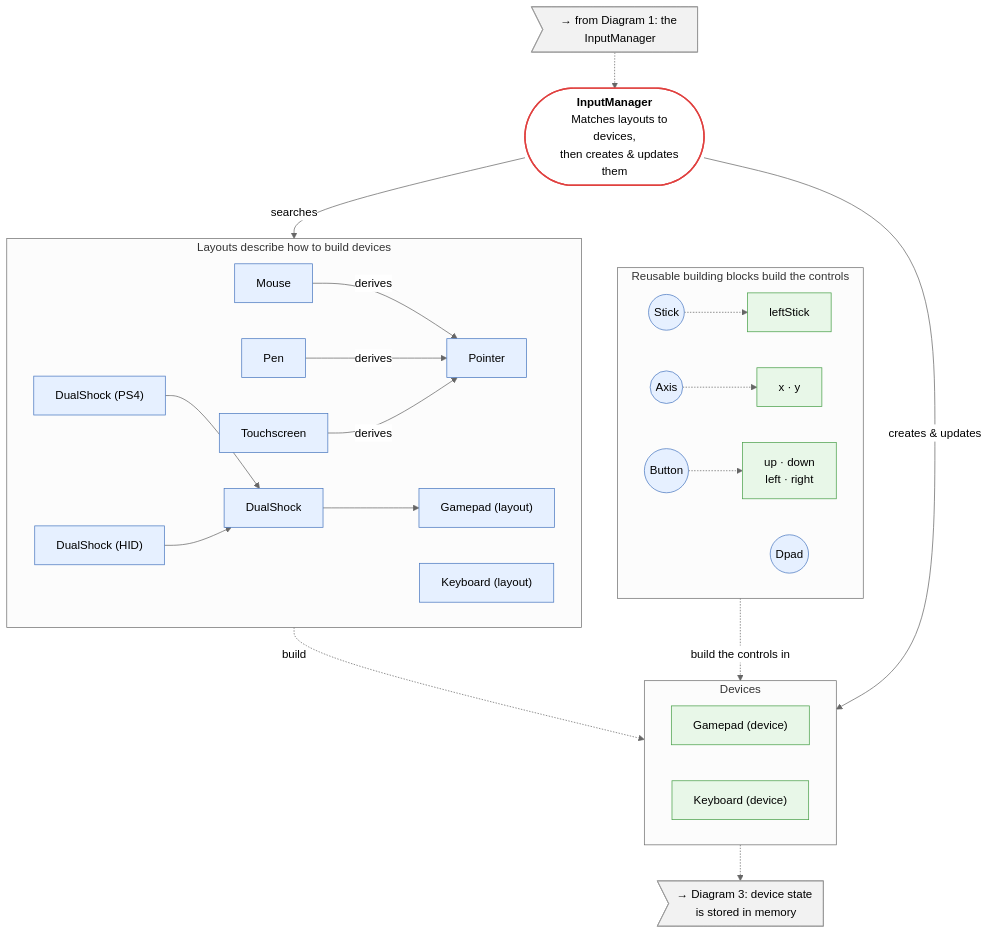
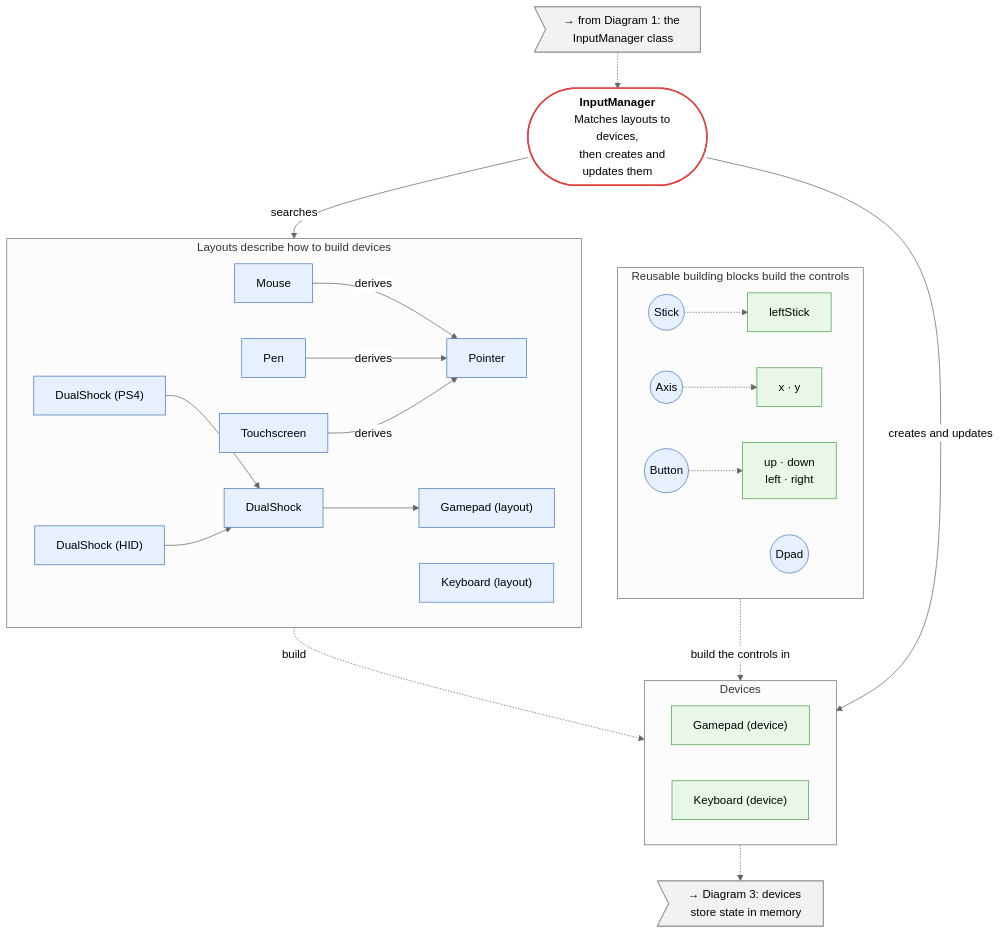
Before and after one commit to Unity-Technologies/InputSystem: the second of 5 diagrams in Packages/com.unity.inputsystem/Documentation~/Architecture.md, drawn with Mermaid (neutral theme). The commit also changed other lines of this file, not shown here.

````diff
--- a/Packages/com.unity.inputsystem/Documentation~/Architecture.md
+++ b/Packages/com.unity.inputsystem/Documentation~/Architecture.md
@@ -65,56 +93,56 @@
 ```mermaid
 flowchart TB
-    %% Diagram 2 of 3: The InputManager uses layouts to build devices
-    %% Portrait layout: bands stack top-to-bottom; each band is compact left-to-right.
+    %% Diagram 2 of 3: layouts build devices
+    %% Bands stack top-to-bottom; each band is compact left-to-right.
 
-    in2>"→ from Diagram 1: the InputManager"] -.-> InputManager
+    in2>"→ from Diagram 1: the InputManager class"] -.-> InputManager
     InputManager(["<b>InputManager</b>
     Matches layouts to devices,
-    then creates & updates them"])
+    then creates and updates them"])
 
     %% ---- Band A: layouts derive from one another ----
     subgraph LAYOUTS["Layouts describe how to build devices"]
         direction LR
         Mouse -->|derives| Pointer
         Pen -->|derives| Pointer
         Touchscreen -->|derives| Pointer
         DS_PS4["DualShock (PS4)"] --> DualShock
         DS_HID["DualShock (HID)"] --> DualShock
         DualShock --> Gamepad_L["Gamepad (layout)"]
         Keyboard_L["Keyboard (layout)"]
     end
 
     %% ---- Band B: reusable building blocks build the controls ----
     subgraph BLOCKS["Reusable building blocks build the controls"]
         direction LR
         Stick(("Stick")) -.-> leftStick["leftStick"]
         Axis(("Axis")) -.-> axes["x · y"]
         Button(("Button")) -.-> buttons["up · down
         left · right"]
         Dpad(("Dpad"))
     end
 
-    %% ---- Band C: the devices the InputManager creates ----
+    %% ---- Band C: the devices the InputManager class creates ----
     subgraph DEVICES["Devices"]
         direction LR
         Gamepad_D["Gamepad (device)"]
         Keyboard_D["Keyboard (device)"]
     end
 
     %% ---- Cross-band flow (top-to-bottom) ----
     InputManager -->|"searches"| LAYOUTS
     LAYOUTS -.->|"build"| DEVICES
     BLOCKS -.->|"build the controls in"| DEVICES
-    InputManager -->|"creates & updates"| DEVICES
+    InputManager -->|"creates and updates"| DEVICES
 
-    DEVICES -.-> out2>"→ Diagram 3: device state is stored in memory"]
+    DEVICES -.-> out2>"→ Diagram 3: devices store state in memory"]
 
     classDef layout fill:#e6f0ff,stroke:#4a78c0,color:#000;
     classDef device fill:#e8f7e8,stroke:#4aa04a,color:#000;
     classDef manager fill:#ffffff,stroke:#e0403f,stroke-width:2px,color:#000;
     classDef signpost fill:#f2f2f2,stroke:#999,color:#000;
     class Mouse,Pen,Touchscreen,Pointer,DS_PS4,DS_HID,DualShock,Gamepad_L,Keyboard_L,Stick,Axis,Button,Dpad layout;
     class Gamepad_D,Keyboard_D,leftStick,axes,buttons device;
     class InputManager manager;
     class in2,out2 signpost;
 ```
````
